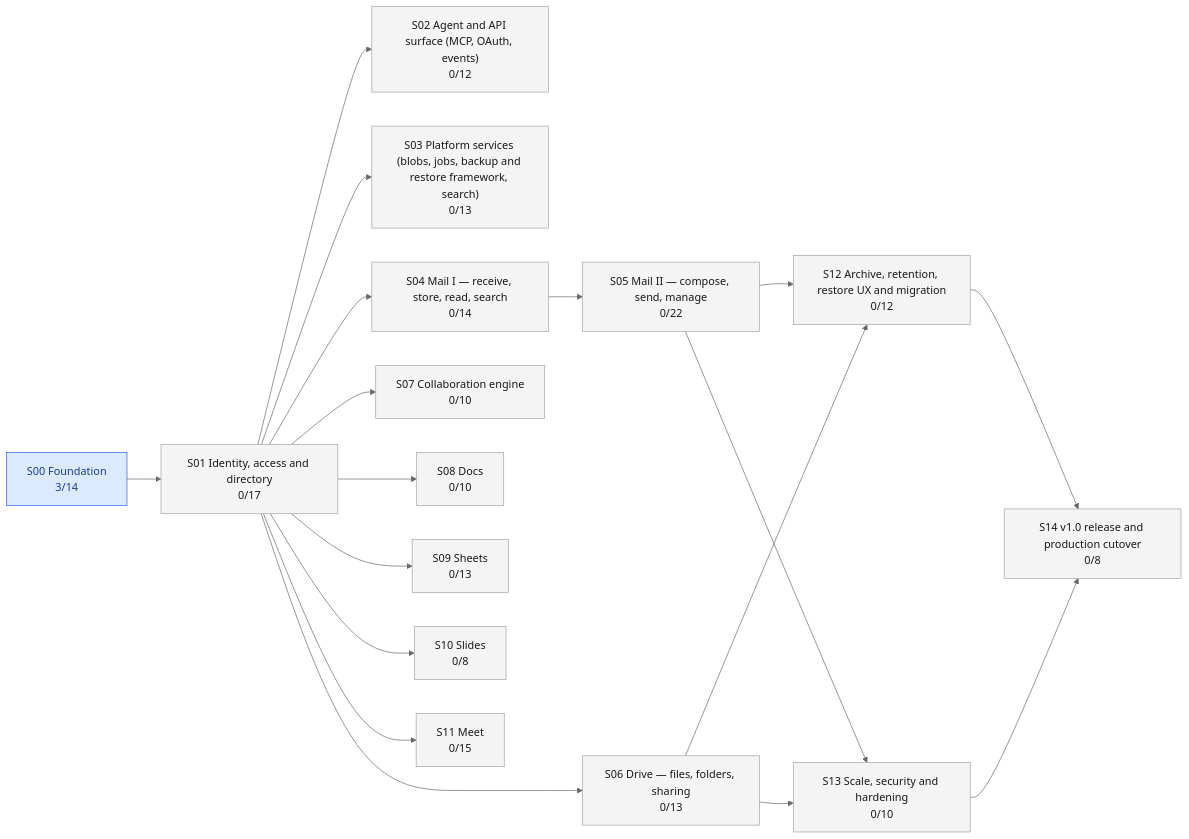
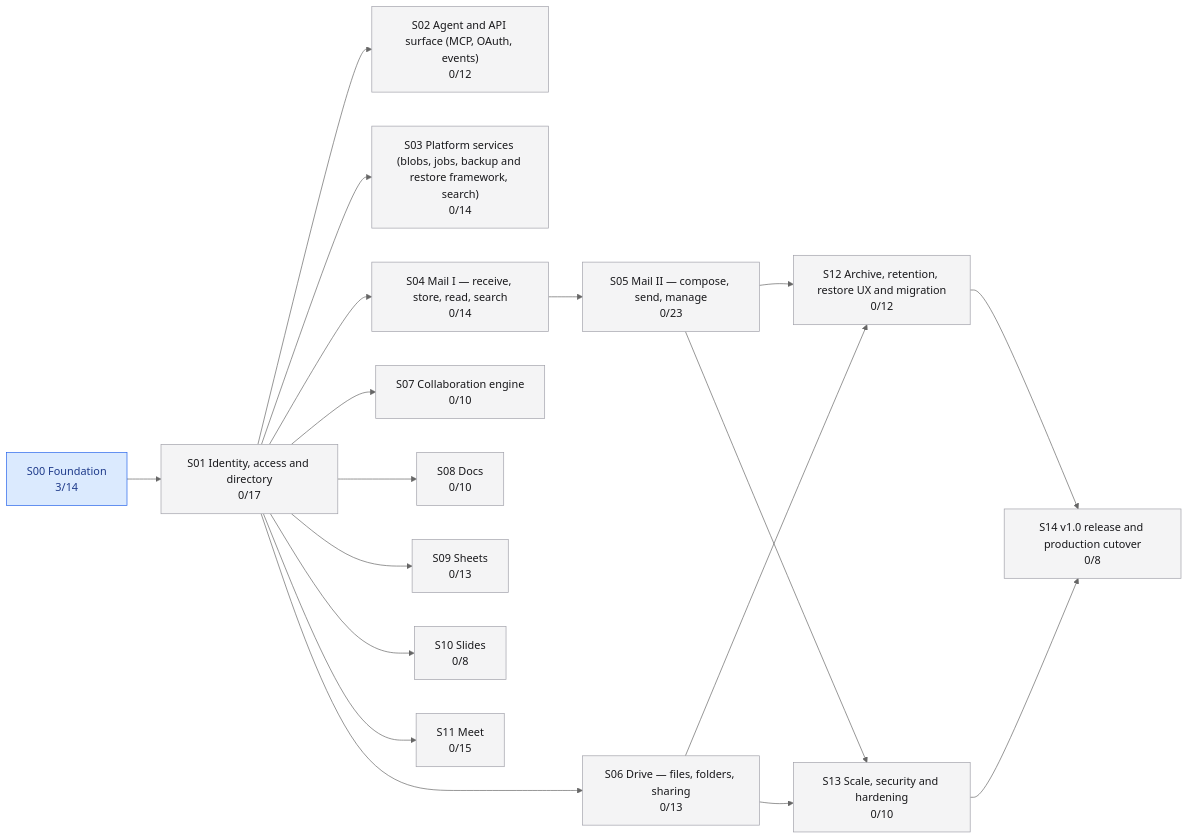
The diagram in plan/STATUS.md (jaredwray/soldock), drawn with Mermaid (neutral theme) before and after one commit. The commit also changed other lines of this file and 18 other files, not shown here.

````diff
--- a/plan/STATUS.md
+++ b/plan/STATUS.md
@@ -47,38 +51,38 @@
 ```mermaid
 graph LR
   S00["S00 Foundation<br/>3/14"]:::active
   S01["S01 Identity, access and directory<br/>0/17"]:::planned
   S02["S02 Agent and API surface (MCP, OAuth, events)<br/>0/12"]:::planned
-  S03["S03 Platform services (blobs, jobs, backup and restore framework, search)<br/>0/13"]:::planned
+  S03["S03 Platform services (blobs, jobs, backup and restore framework, search)<br/>0/14"]:::planned
   S04["S04 Mail I — receive, store, read, search<br/>0/14"]:::planned
-  S05["S05 Mail II — compose, send, manage<br/>0/22"]:::planned
+  S05["S05 Mail II — compose, send, manage<br/>0/23"]:::planned
   S06["S06 Drive — files, folders, sharing<br/>0/13"]:::planned
   S07["S07 Collaboration engine<br/>0/10"]:::planned
   S08["S08 Docs<br/>0/10"]:::planned
   S09["S09 Sheets<br/>0/13"]:::planned
   S10["S10 Slides<br/>0/8"]:::planned
   S11["S11 Meet<br/>0/15"]:::planned
   S12["S12 Archive, retention, restore UX and migration<br/>0/12"]:::planned
   S13["S13 Scale, security and hardening<br/>0/10"]:::planned
   S14["S14 v1.0 release and production cutover<br/>0/8"]:::planned
   S00 --> S01
   S01 --> S02
   S01 --> S03
   S01 --> S04
   S04 --> S05
   S01 --> S06
   S01 --> S07
   S01 --> S08
   S01 --> S09
   S01 --> S10
   S01 --> S11
   S05 --> S12
   S06 --> S12
   S05 --> S13
   S06 --> S13
   S12 --> S14
   S13 --> S14
   classDef planned fill:#f4f4f5,stroke:#a1a1aa,color:#18181b
   classDef active fill:#dbeafe,stroke:#2563eb,color:#1e3a8a
   classDef done fill:#dcfce7,stroke:#16a34a,color:#14532d
 ```
````
